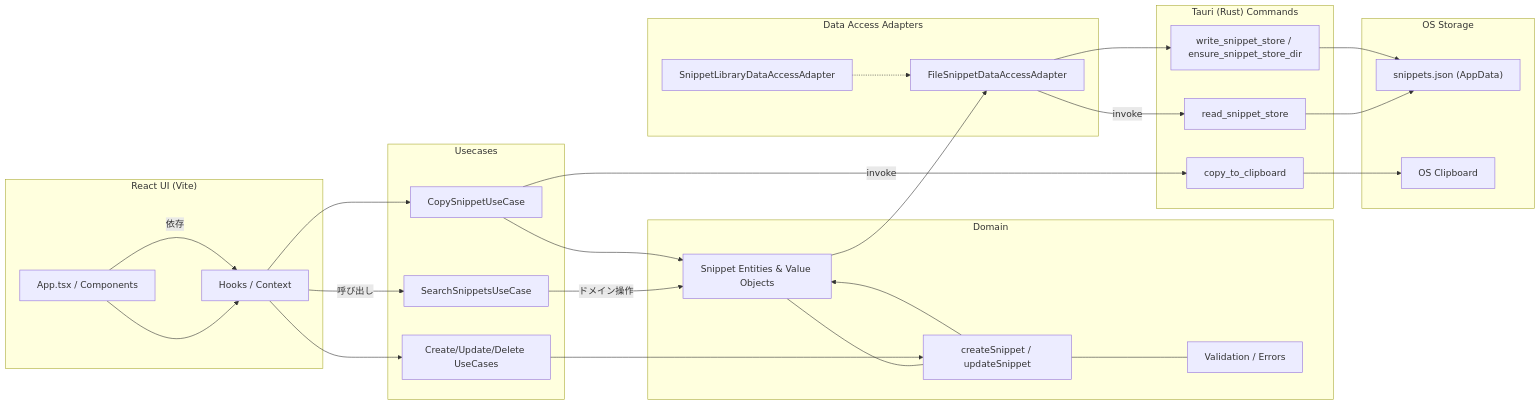
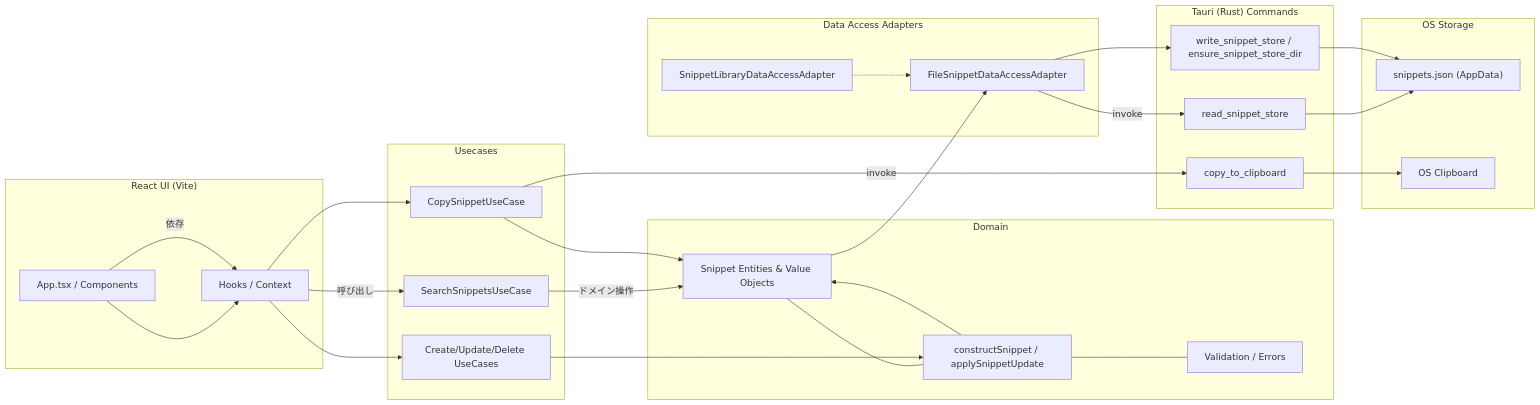
One commit to yuuki330/codespark changed the diagram in docs/architecture-diagram.md. Above: the diagram before and after it, drawn with Mermaid. The commit also changed other lines of this file and 4 other files, not shown here.

Commit message:
refactor: rename snippet factory helpers

````diff
--- a/docs/architecture-diagram.md
+++ b/docs/architecture-diagram.md
@@ -5,53 +5,53 @@
 ```mermaid
 flowchart LR
 
   subgraph UI["React UI (Vite)"]
     App["App.tsx / Components"]
     App --> Hooks["Hooks / Context"]
   end
 
   subgraph Usecases["Usecases"]
     Search["SearchSnippetsUseCase"]
     Copy["CopySnippetUseCase"]
     CRUD["Create/Update/Delete UseCases"]
   end
 
   subgraph Domain["Domain"]
     Snippet["Snippet Entities & Value Objects"]
-    Factory["createSnippet / updateSnippet"]
+    Factory["constructSnippet / applySnippetUpdate"]
     Validation["Validation / Errors"]
     Snippet --- Factory
     Factory --- Validation
   end
 
   subgraph DataAccess["Data Access Adapters"]
     FileAdapter["FileSnippetDataAccessAdapter"]
     LibraryPort["SnippetLibraryDataAccessAdapter"]
   end
 
   subgraph Tauri["Tauri (Rust) Commands"]
     ClipboardCmd["copy_to_clipboard"]
     StoreRead["read_snippet_store"]
     StoreWrite["write_snippet_store / ensure_snippet_store_dir"]
   end
 
   subgraph Storage["OS Storage"]
     JsonFile["snippets.json (AppData)"]
     Clipboard["OS Clipboard"]
   end
 
   App -->|依存| Hooks -->|呼び出し| Search
   Hooks --> Copy
   Hooks --> CRUD
   Search -->|ドメイン操作| Snippet
   Copy --> Snippet
   CRUD --> Factory
   Factory --> Snippet
   Snippet --> FileAdapter
   FileAdapter -->|invoke| StoreRead
   FileAdapter --> StoreWrite
   StoreRead --> JsonFile
   StoreWrite --> JsonFile
   Copy -->|invoke| ClipboardCmd --> Clipboard
   LibraryPort -.-> FileAdapter
 ```
````
